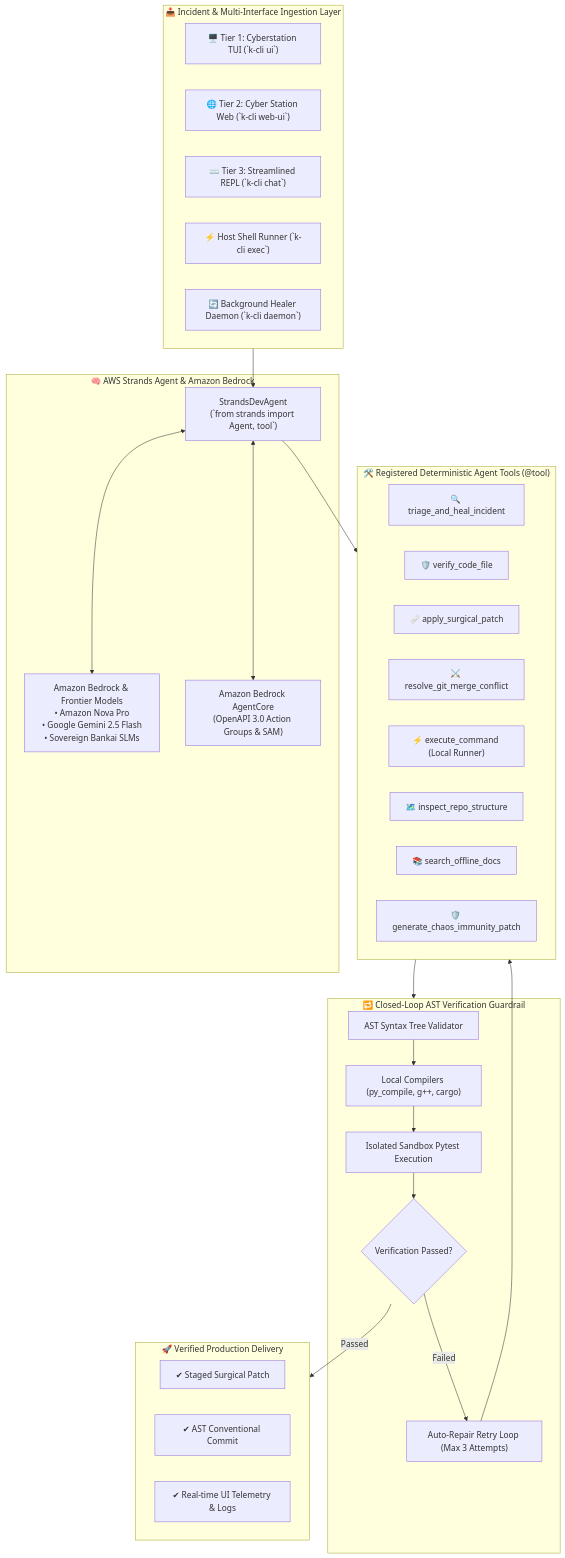
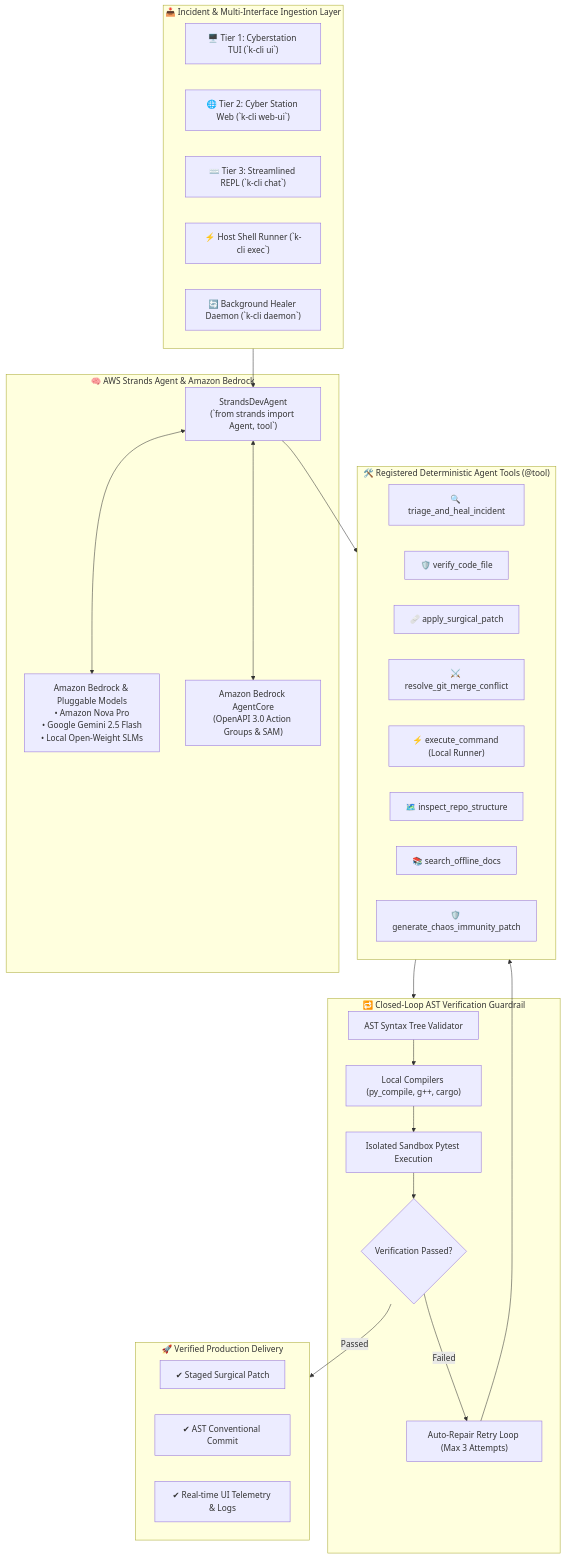
The diagram in README.md (krishivjoshi219-collab/K-Cli-for-Devs), drawn with Mermaid before and after one commit. The commit also changed other lines of this file and 20 other files, not shown here.

````diff
--- a/README.md
+++ b/README.md
@@ -410,50 +354,50 @@
 ```mermaid
 flowchart TD
     subgraph Ingestion ["📥 Incident & Multi-Interface Ingestion Layer"]
         TUI["🖥️ Tier 1: Cyberstation TUI (`k-cli ui`)"]
         WEB["🌐 Tier 2: Cyber Station Web (`k-cli web-ui`)"]
         REPL["⌨️ Tier 3: Streamlined REPL (`k-cli chat`)"]
         EXEC["⚡ Host Shell Runner (`k-cli exec`)"]
         DAEMON["🔄 Background Healer Daemon (`k-cli daemon`)"]
     end
 
     subgraph AWSStrands ["🧠 AWS Strands Agent & Amazon Bedrock"]
         Agent["StrandsDevAgent\n(`from strands import Agent, tool`)"]
-        Bedrock["Amazon Bedrock & Frontier Models\n• Amazon Nova Pro\n• Google Gemini 2.5 Flash\n• Sovereign Bankai SLMs"]
+        Bedrock["Amazon Bedrock & Pluggable Models\n• Amazon Nova Pro\n• Google Gemini 2.5 Flash\n• Local Open-Weight SLMs"]
         AgentCore["Amazon Bedrock AgentCore\n(OpenAPI 3.0 Action Groups & SAM)"]
         Agent <--> Bedrock
         Agent <--> AgentCore
     end
 
     subgraph Tools ["🛠️ Registered Deterministic Agent Tools (@tool)"]
         T1["🔍 triage_and_heal_incident"]
         T2["🛡️ verify_code_file"]
         T3["🩹 apply_surgical_patch"]
         T4["⚔️ resolve_git_merge_conflict"]
         T5["⚡ execute_command (Local Runner)"]
         T6["🗺️ inspect_repo_structure"]
         T7["📚 search_offline_docs"]
         T8["🛡️ generate_chaos_immunity_patch"]
     end
 
     subgraph Guardrails ["🔁 Closed-Loop AST Verification Guardrail"]
         AST["AST Syntax Tree Validator"]
         Compiler["Local Compilers (py_compile, g++, cargo)"]
         Pytest["Isolated Sandbox Pytest Execution"]
         Gate{"Verification Passed?"}
         Retry["Auto-Repair Retry Loop (Max 3 Attempts)"]
     end
 
     subgraph Delivery ["🚀 Verified Production Delivery"]
         Patch["✔ Staged Surgical Patch"]
         Commit["✔ AST Conventional Commit"]
         Output["✔ Real-time UI Telemetry & Logs"]
     end
 
     Ingestion --> Agent
     Agent --> Tools
     Tools --> Guardrails
     AST --> Compiler --> Pytest --> Gate
     Gate -- "Failed" --> Retry --> Tools
     Gate -- "Passed" --> Delivery
 ```
````
